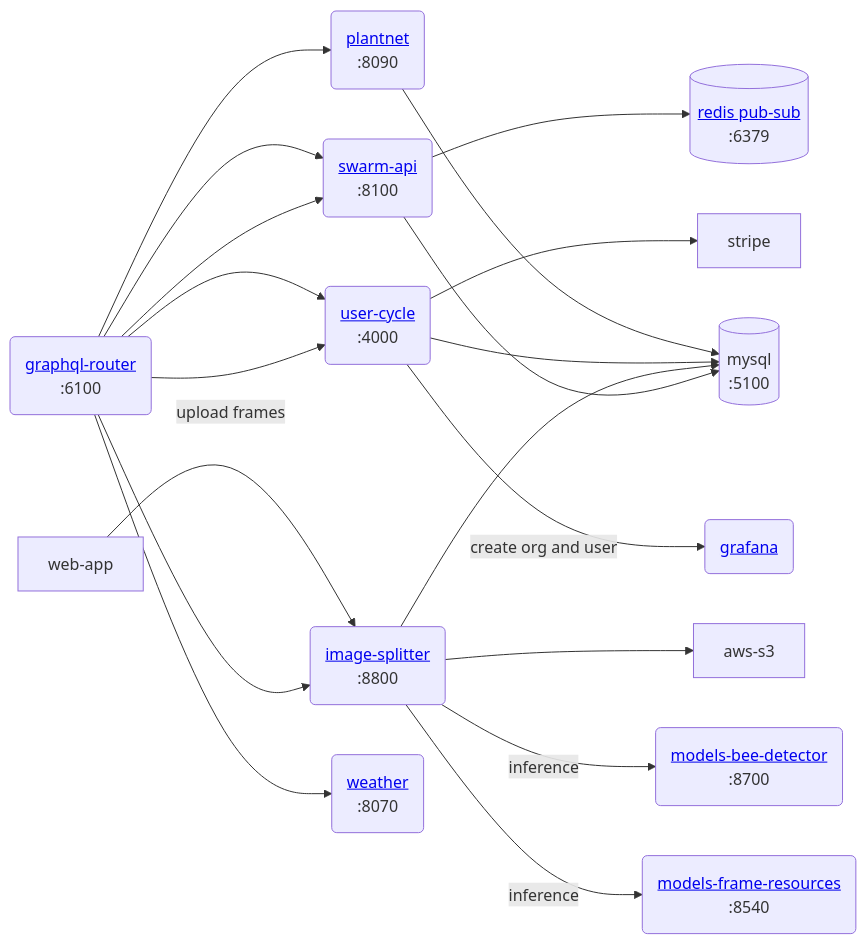
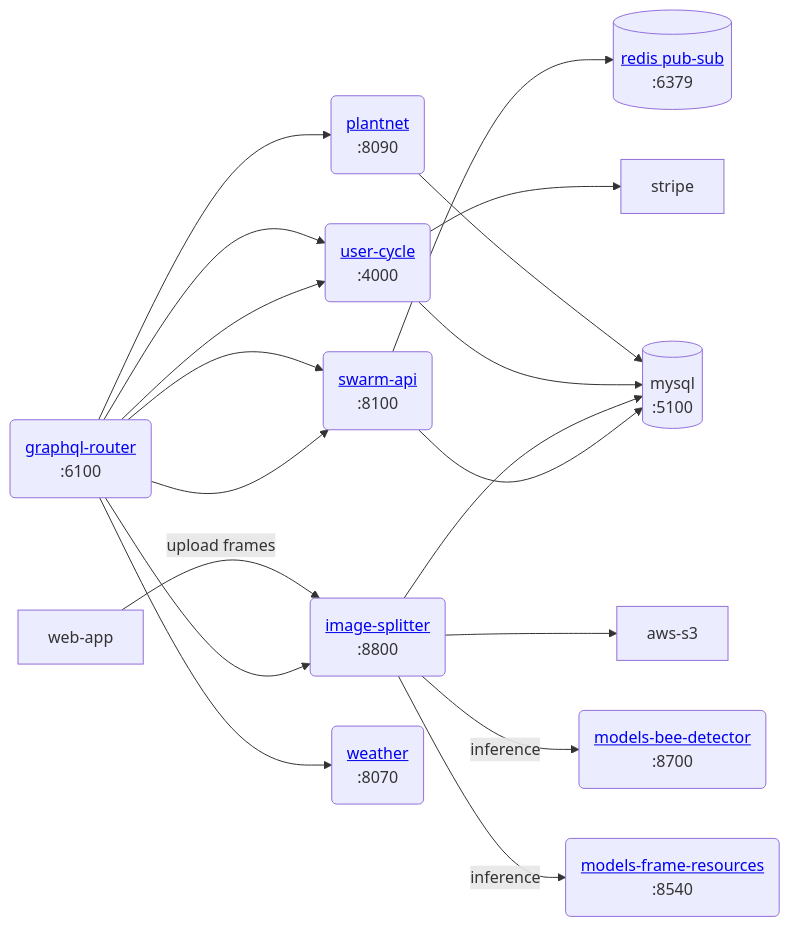
Before and after one commit to Gratheon/website2: the second of 2 diagrams in content/docs/web-app/web-app.md, drawn with Mermaid. The commit also changed 21 other files, not shown here.

````diff
--- a/content/docs/web-app/web-app.md
+++ b/content/docs/web-app/web-app.md
@@ -46,18 +46,17 @@
 ```mermaid
 flowchart LR
 	graphql-router("<a href='https://github.com/Gratheon/graphql-router'>graphql-router</a>\n :6100") --> swarm-api("<a href='https://github.com/Gratheon/swarm-api'>swarm-api</a>\n:8100") --> mysql[(mysql\n:5100)]
 	graphql-router --> swarm-api --> redis[("<a href='https://github.com/Gratheon/redis'>redis pub-sub</a>\n:6379")]
 
 	graphql-router --> image-splitter("<a href='https://github.com/Gratheon/image-splitter'>image-splitter</a>\n:8800") --> mysql
 
 	web-app --"upload frames"--> image-splitter --> aws-s3
 	image-splitter --"inference"--> models-bee-detector("<a href='https://github.com/Gratheon/models-bee-detector'>models-bee-detector</a>\n:8700")
 	image-splitter --"inference"--> models-frame-resources("<a href='https://github.com/Gratheon/models-frame-resources'>models-frame-resources</a>\n:8540")
 	graphql-router --> user-cycle("<a href='https://github.com/Gratheon/user-cycle'>user-cycle</a>\n:4000") --> mysql
 	graphql-router --> user-cycle --> stripe
 	graphql-router --> plantnet("<a href='https://github.com/Gratheon/plantnet'>plantnet</a>\n:8090") --> mysql
 
 	graphql-router --> weather("<a href='https://github.com/Gratheon/weather'>weather</a>\n:8070")
-	user-cycle --"create org and user"--> grafana("<a href='https://github.com/gratheon/grafana'>grafana</a>")
 
 ```
````
